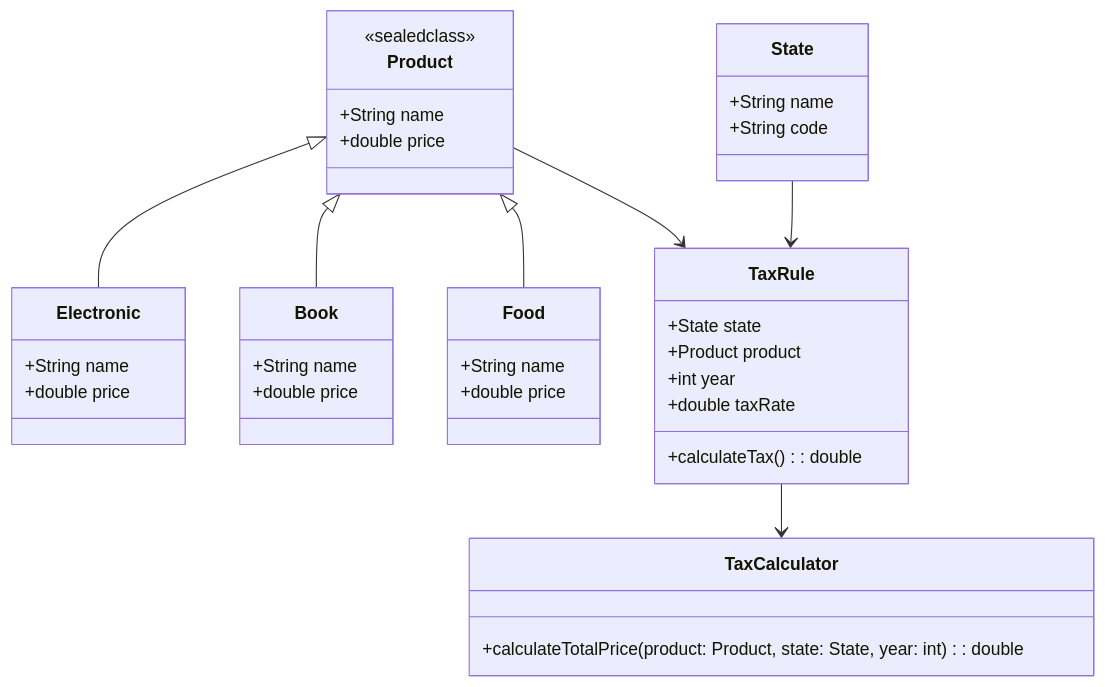
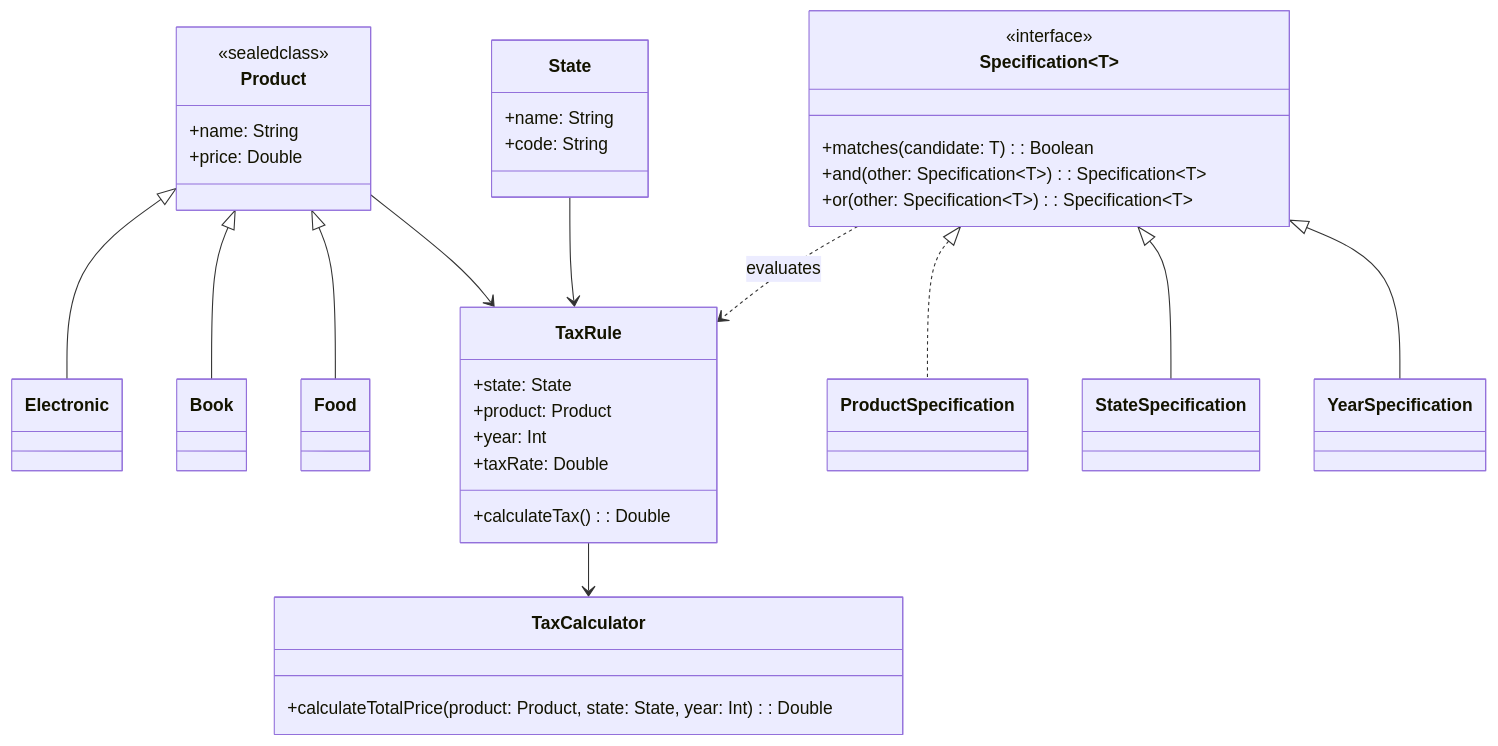
The diagram in kotlin/tax-system/README.md (rbleggi/tech-pocs), drawn with Mermaid before and after one commit. The commit also changed other lines of this file and 6 other files, not shown here.

Commit message:
feat: Add Specification Pattern to tax-system

````diff
--- a/kotlin/tax-system/README.md
+++ b/kotlin/tax-system/README.md
@@ -21,47 +22,54 @@
 ```mermaid
 classDiagram
     class Product {
         <<sealedclass>>
-        +String name
-        +double price
+        +name: String
+        +price: Double
     }
 
-    class Electronic {
-        +String name
-        +double price
-    }
-
-    class Book {
-        +String name
-        +double price
-    }
-
-    class Food {
-        +String name
-        +double price
-    }
+    class Electronic
+    class Book
+    class Food
 
     class State {
-        +String name
-        +String code
+        +name: String
+        +code: String
     }
 
     class TaxRule {
-        +State state
-        +Product product
-        +int year
-        +double taxRate
-        +calculateTax(): double
+        +state: State
+        +product: Product
+        +year: Int
+        +taxRate: Double
+        +calculateTax(): Double
     }
 
+    class Specification~T~ {
+        <<interface>>
+        +matches(candidate: T): Boolean
+        +and(other: Specification~T~): Specification~T~
+        +or(other: Specification~T~): Specification~T~
+    }
+
+    class ProductSpecification
+    class StateSpecification
+    class YearSpecification
+
     class TaxCalculator {
-        +calculateTotalPrice(product: Product, state: State, year: int): double
+        +calculateTotalPrice(product: Product, state: State, year: Int): Double
     }
 
     Product <|-- Electronic
     Product <|-- Book
     Product <|-- Food
+
     Product --> TaxRule
     State --> TaxRule
     TaxRule --> TaxCalculator
+
+    Specification~T~ <|.. ProductSpecification
+    Specification~T~ <|-- StateSpecification
+    Specification~T~ <|-- YearSpecification
+
+    Specification~T~ ..> TaxRule : evaluates
 ```
````
